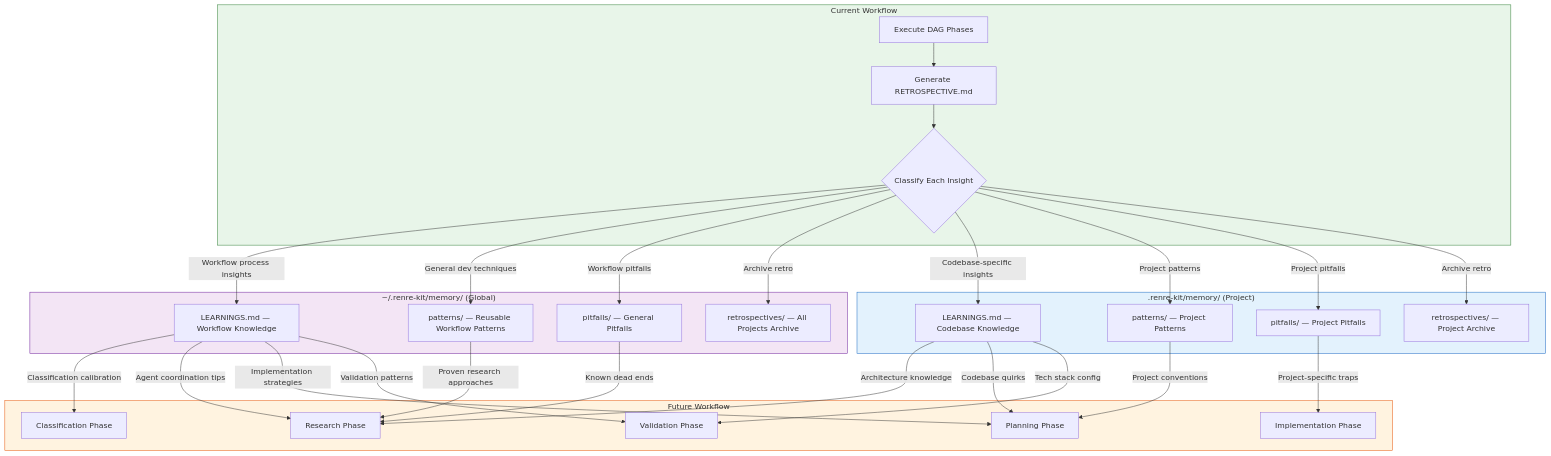
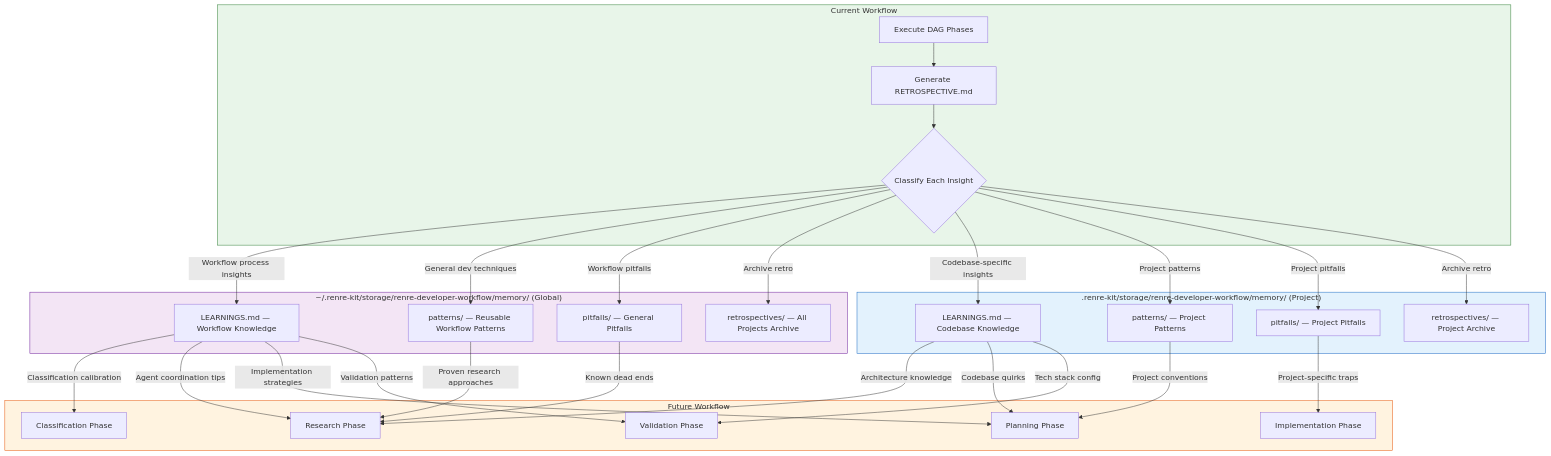
One commit to eskarlat/rex changed the fourth of 6 diagrams in renre-kit-architecture/diagrams/developer-workflow-dfd.md. Above: the diagram before and after it, drawn with Mermaid. The commit also changed 2 other files, not shown here.

Commit message:
docs: namespace memory paths under extension storage
Rename memory directories from generic ~/.renre-kit/memory/ and
.renre-kit/memory/ to extension-scoped paths:
- Global: ~/.renre-kit/storage/renre-developer-workflow/memory/
- Project: .renre-kit/storage/renre-developer-workflow/memory/

This follows RenreKit's existing storage/<extension-name>/ convention
and makes it clear the data belongs to the extension, not core.

https://claude.ai/code/session_011PQxNP3QodA8xyUAa9Z3LL

````diff
--- a/renre-kit-architecture/diagrams/developer-workflow-dfd.md
+++ b/renre-kit-architecture/diagrams/developer-workflow-dfd.md
@@ -157,59 +157,59 @@
 ```mermaid
 flowchart TD
     subgraph CurrentWorkflow["Current Workflow"]
         W1[Execute DAG Phases]
         W2[Generate RETROSPECTIVE.md]
         W3{Classify Each Insight}
     end
 
-    subgraph GlobalMemory["~/.renre-kit/memory/ (Global)"]
+    subgraph GlobalMemory["~/.renre-kit/storage/renre-developer-workflow/memory/ (Global)"]
         G1[LEARNINGS.md — Workflow Knowledge]
         G2[patterns/ — Reusable Workflow Patterns]
         G3[pitfalls/ — General Pitfalls]
         G4[retrospectives/ — All Projects Archive]
     end
 
-    subgraph ProjectMemory[".renre-kit/memory/ (Project)"]
+    subgraph ProjectMemory[".renre-kit/storage/renre-developer-workflow/memory/ (Project)"]
         P1[LEARNINGS.md — Codebase Knowledge]
         P2[patterns/ — Project Patterns]
         P3[pitfalls/ — Project Pitfalls]
         P4[retrospectives/ — Project Archive]
     end
 
     subgraph FutureWorkflow["Future Workflow"]
         F1[Classification Phase]
         F2[Research Phase]
         F3[Planning Phase]
         F4[Implementation Phase]
         F5[Validation Phase]
     end
 
     W1 --> W2
     W2 --> W3
     W3 --> |Workflow process insights| G1
     W3 --> |General dev techniques| G2
     W3 --> |Workflow pitfalls| G3
     W3 --> |Archive retro| G4
     W3 --> |Codebase-specific insights| P1
     W3 --> |Project patterns| P2
     W3 --> |Project pitfalls| P3
     W3 --> |Archive retro| P4
 
     G1 --> |Classification calibration| F1
     G1 --> |Agent coordination tips| F2
     G2 --> |Proven research approaches| F2
     G3 --> |Known dead ends| F2
     G1 --> |Implementation strategies| F3
 
     P1 --> |Architecture knowledge| F2
     P1 --> |Codebase quirks| F3
     P2 --> |Project conventions| F3
     P3 --> |Project-specific traps| F4
     P1 --> |Tech stack config| F5
     G1 --> |Validation patterns| F5
 
     style CurrentWorkflow fill:#e8f5e9,stroke:#2e7d32
     style GlobalMemory fill:#f3e5f5,stroke:#6a1b9a
     style ProjectMemory fill:#e3f2fd,stroke:#1565c0
     style FutureWorkflow fill:#fff3e0,stroke:#e65100
 ```
````
